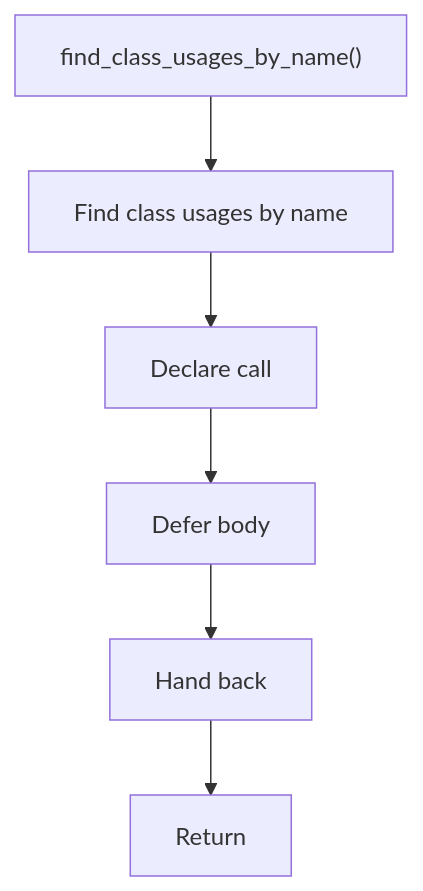
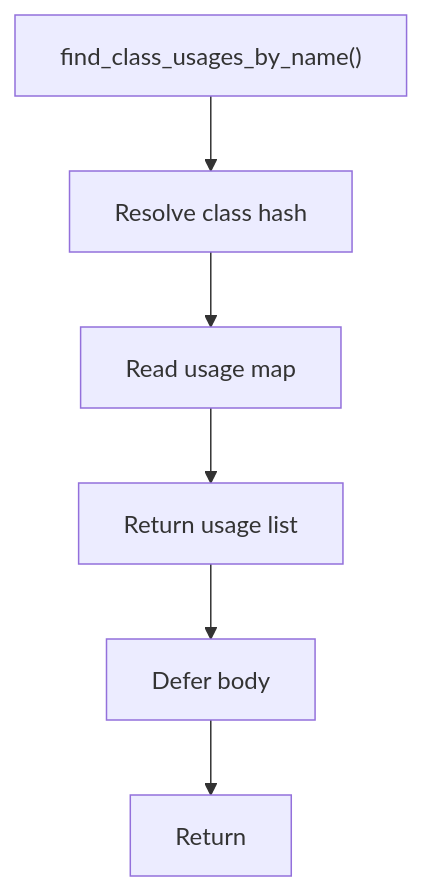
Before and after one commit to JohnAndrewBalbarosa/NeoTerritory: the diagram in docs/Codebase/Microservice/Modules/Header/Analysis/ImplementationUse/Binding/Symbols/Flow/functions/find_class_usages_by_name.hpp.md, drawn with Mermaid. The commit also changed other lines of this file and 147 other files, not shown here.

````diff
--- a/docs/Codebase/Microservice/Modules/Header/Analysis/ImplementationUse/Binding/Symbols/Flow/functions/find_class_usages_by_name.hpp.md
+++ b/docs/Codebase/Microservice/Modules/Header/Analysis/ImplementationUse/Binding/Symbols/Flow/functions/find_class_usages_by_name.hpp.md
@@ -16,14 +21,14 @@
 ```mermaid
 flowchart TD
     Start["find_class_usages_by_name()"]
-    N0["Find class usages by name"]
-    N1["Declare call"]
-    N2["Defer body"]
-    N3["Hand back"]
+    N0["Resolve class hash"]
+    N1["Read usage map"]
+    N2["Return usage list"]
+    N3["Defer body"]
     End["Return"]
     Start --> N0
     N0 --> N1
     N1 --> N2
     N2 --> N3
     N3 --> End
 ```
````
